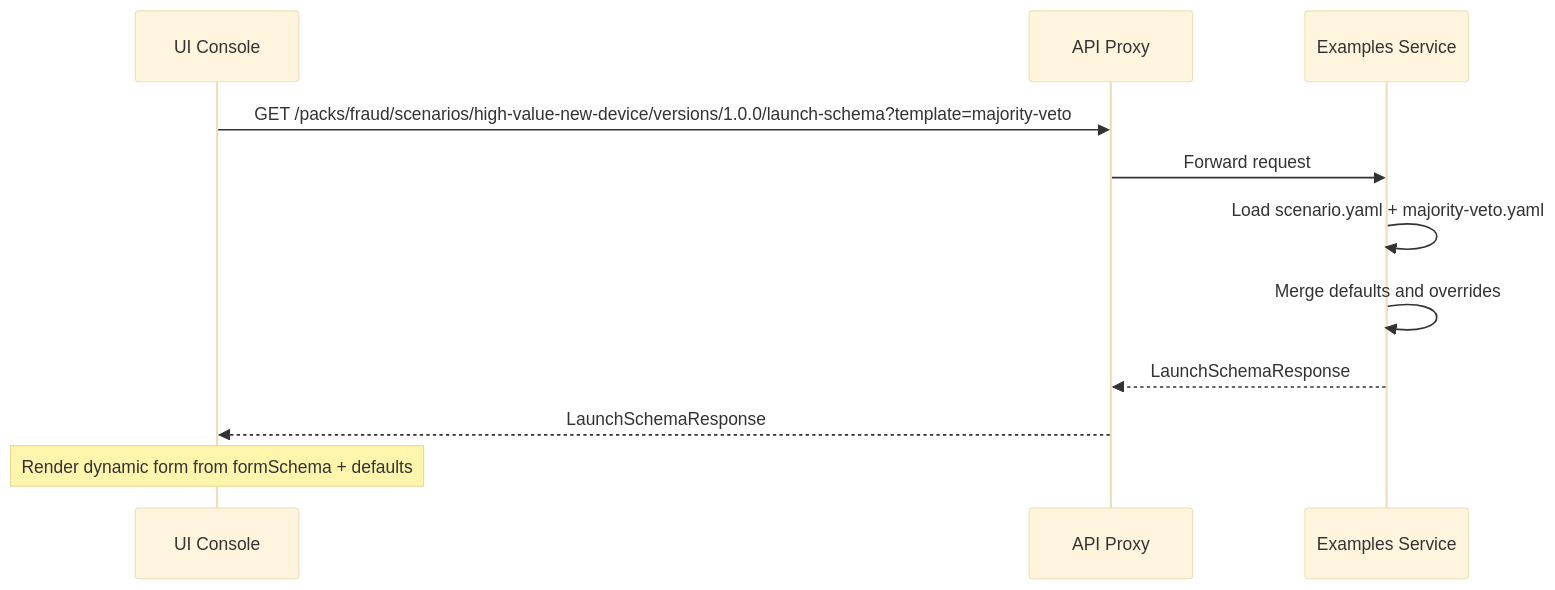
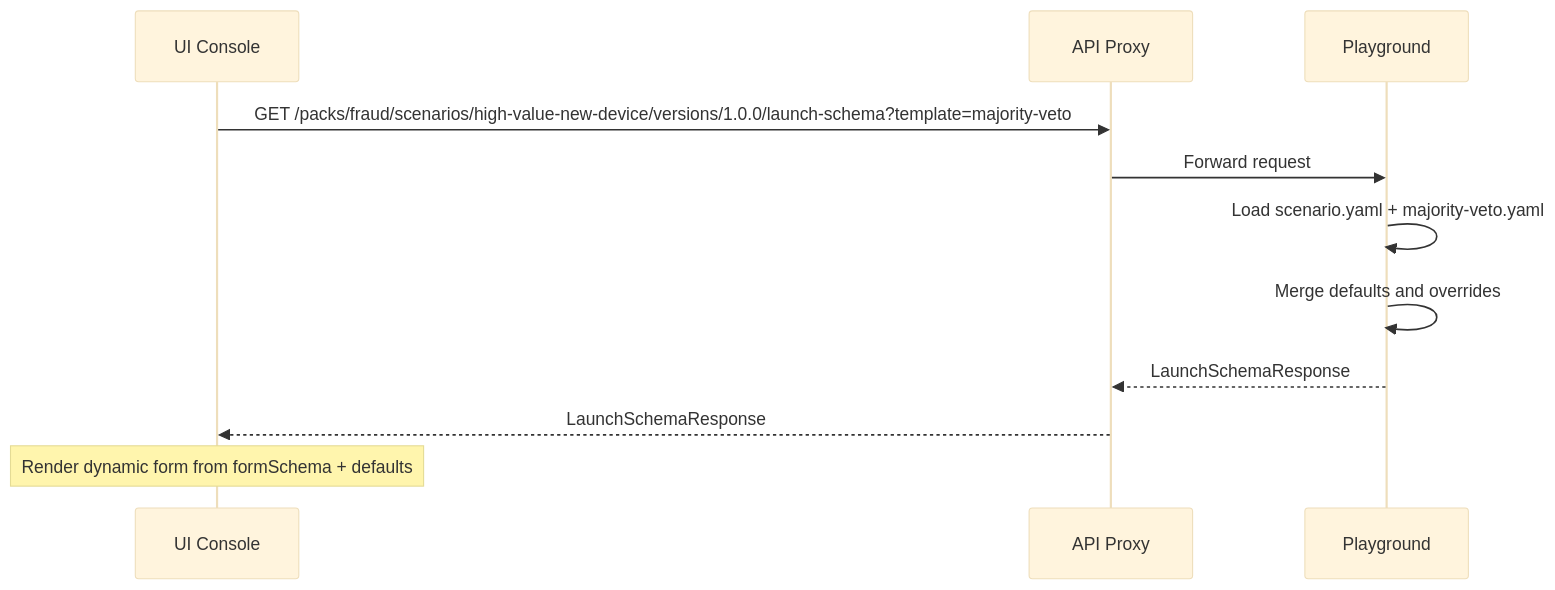
Before and after one commit to multiagentcoordinationprotocol/macp-ui-console: the third of 8 diagrams in docs/ui-example-flow.md, drawn with Mermaid (base theme). The commit also changed other lines of this file and 1 other file, not shown here.

First line of the commit message:
docs: rename 'Examples Service' to Playground in ui-example-flow and README (#57)

````diff
--- a/docs/ui-example-flow.md
+++ b/docs/ui-example-flow.md
@@ -253,15 +253,15 @@
 ```mermaid
 sequenceDiagram
     participant UI as UI Console
     participant Proxy as API Proxy
-    participant ES as Examples Service
+    participant ES as Playground
 
     UI->>Proxy: GET /packs/fraud/scenarios/high-value-new-device/versions/1.0.0/launch-schema?template=majority-veto
     Proxy->>ES: Forward request
     ES->>ES: Load scenario.yaml + majority-veto.yaml
     ES->>ES: Merge defaults and overrides
     ES-->>Proxy: LaunchSchemaResponse
     Proxy-->>UI: LaunchSchemaResponse
 
     Note over UI: Render dynamic form from formSchema + defaults
 ```
````
